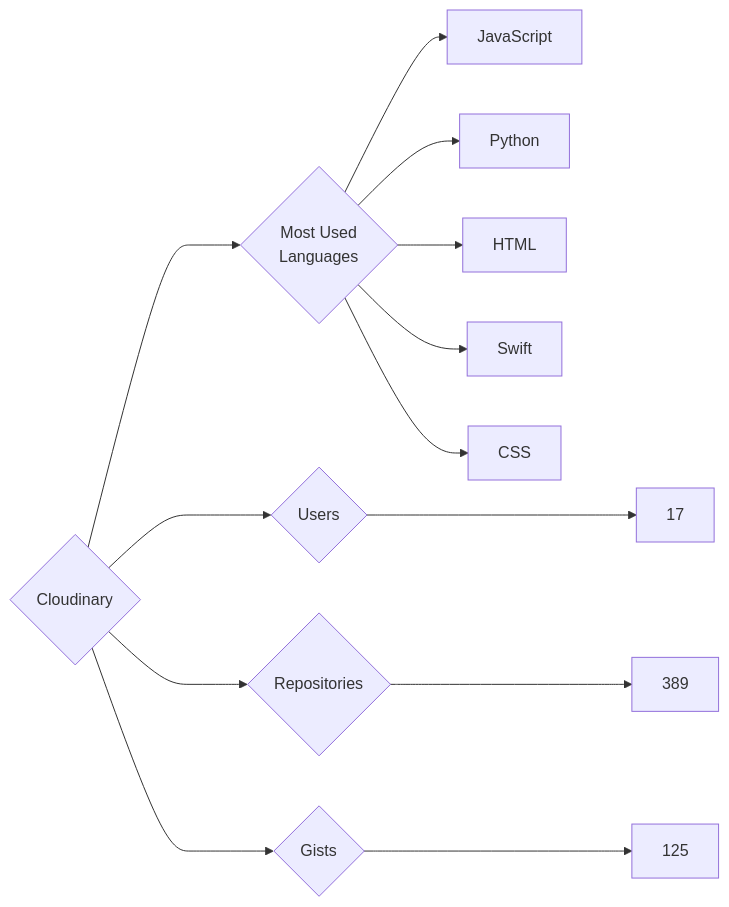
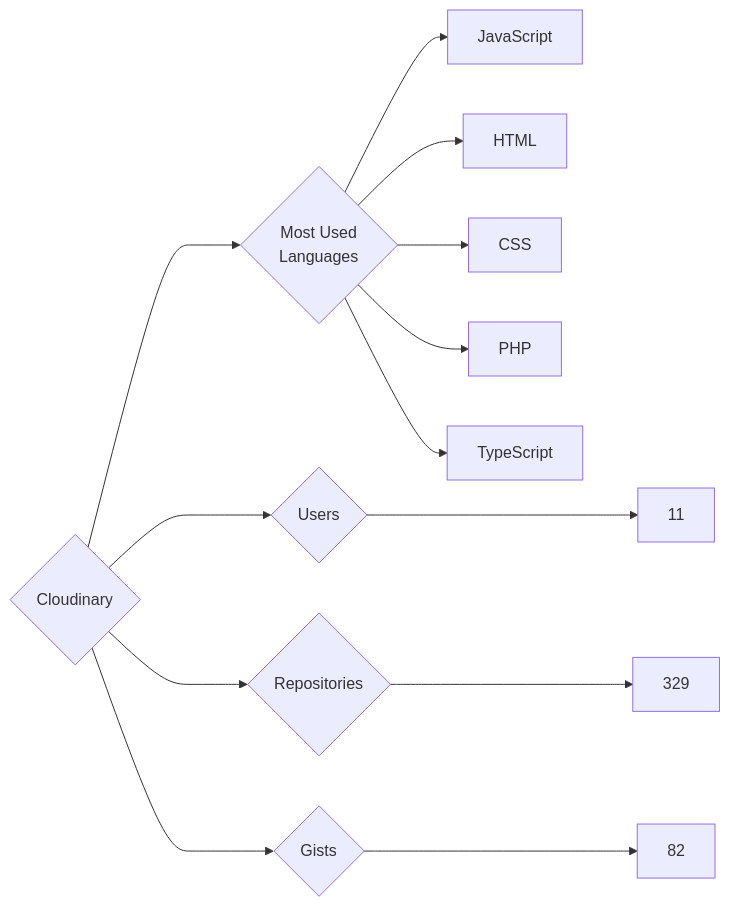
The diagram in targets/Cloudinary/README.md (trickest/insiders), drawn with Mermaid before and after one commit. The commit also changed 998 other files, not shown here.

````diff
--- a/targets/Cloudinary/README.md
+++ b/targets/Cloudinary/README.md
@@ -3,13 +3,13 @@
 ```mermaid
 graph LR
 COMPANY_NAME{Cloudinary}
-COMPANY_NAME ---> U{Users} ---> UN[17]
-COMPANY_NAME ---> R{Repositories} ---> RN[389]
-COMPANY_NAME ---> G{Gists} ---> GN[125]
+COMPANY_NAME ---> U{Users} ---> UN[11]
+COMPANY_NAME ---> R{Repositories} ---> RN[329]
+COMPANY_NAME ---> G{Gists} ---> GN[82]
 COMPANY_NAME ---> ML{Most Used<br>Languages}
 ML --> JavaScript[JavaScript]
-ML --> Python[Python]
 ML --> HTML[HTML]
-ML --> Swift[Swift]
 ML --> CSS[CSS]
+ML --> PHP[PHP]
+ML --> TypeScript[TypeScript]
 ```
````
